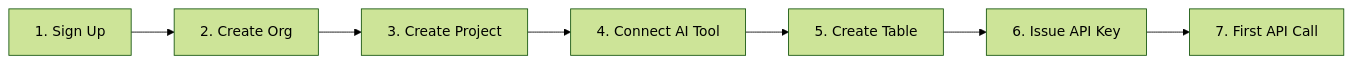
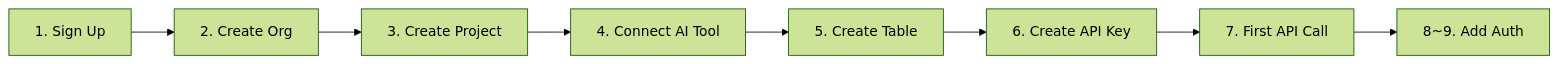
One commit to popup-studio-ai/bkend-docs changed the diagram in en/getting-started/02-quickstart.md. Above: the diagram before and after it, drawn with Mermaid (forest theme). The commit also changed other lines of this file and 365 other files, not shown here.

````diff
--- a/en/getting-started/02-quickstart.md
+++ b/en/getting-started/02-quickstart.md
@@ -15,9 +15,10 @@
 ```mermaid
 flowchart LR
     A[1. Sign Up] --> B[2. Create Org]
     B --> C[3. Create Project]
     C --> D[4. Connect AI Tool]
     D --> E[5. Create Table]
-    E --> F[6. Issue API Key]
+    E --> F[6. Create API Key]
     F --> G[7. First API Call]
+    G --> H[8~9. Add Auth]
 ```
````
